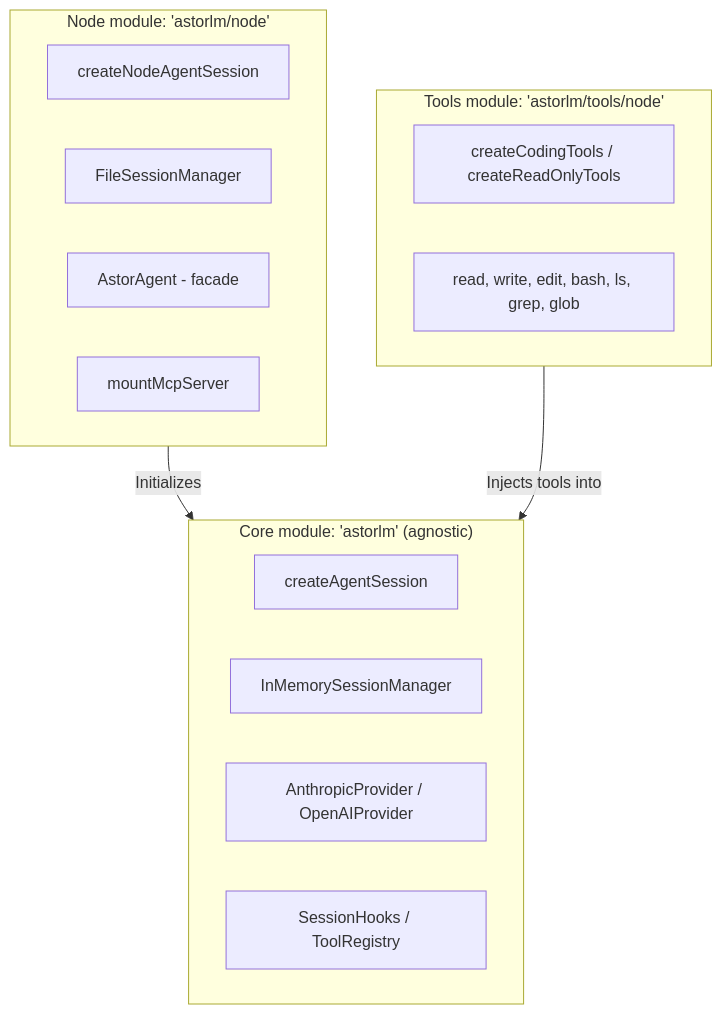
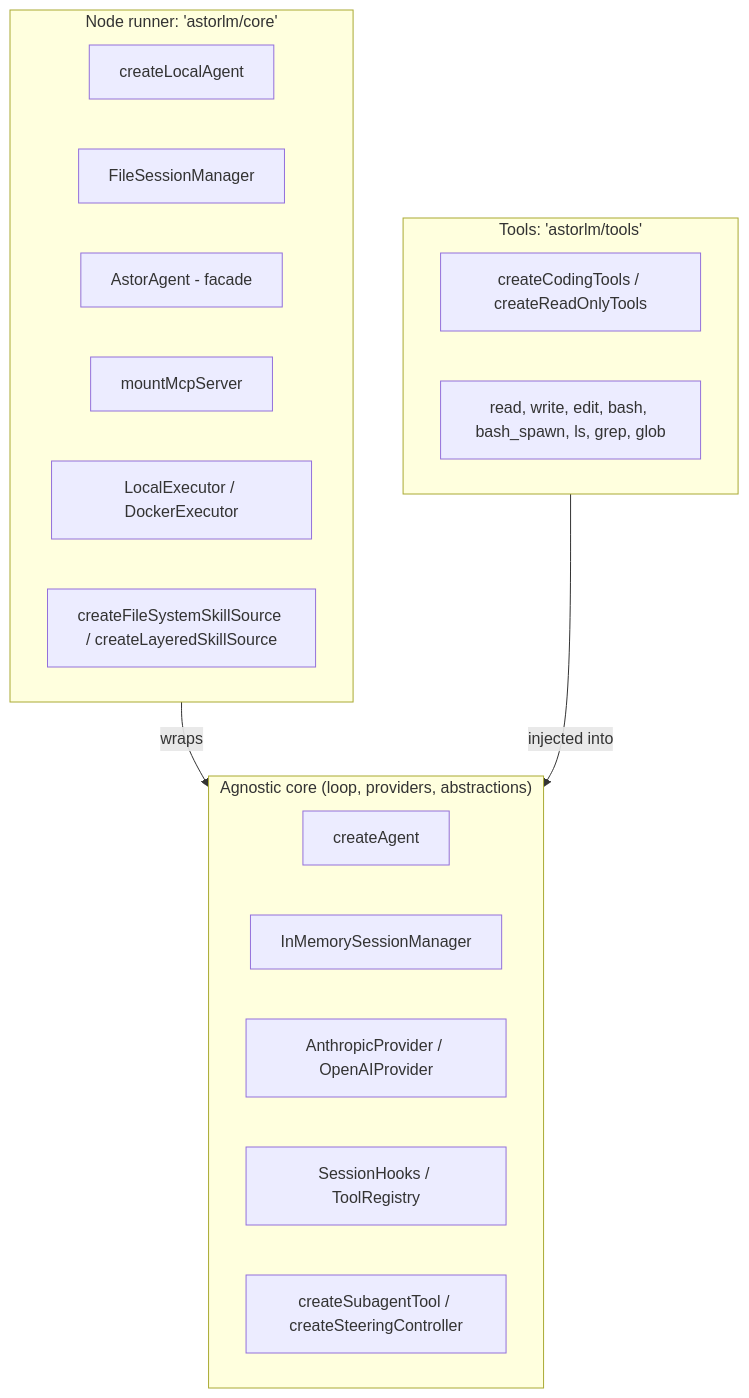
The diagram in README.md (aralde/astorLM), drawn with Mermaid before and after one commit. The commit also changed other lines of this file and 11 other files, not shown here.

First line of the commit message:
feat: subagents, layered skills, allowed-tools gating, steering controller

````diff
--- a/README.md
+++ b/README.md
@@ -13,24 +13,27 @@
 ```mermaid
 graph TD
-    subgraph Core ["Core module: 'astorlm' (agnostic)"]
-        A[createAgentSession]
+    subgraph Core ["Agnostic core (loop, providers, abstractions)"]
+        A[createAgent]
         B[InMemorySessionManager]
         C[AnthropicProvider / OpenAIProvider]
         D[SessionHooks / ToolRegistry]
+        S[createSubagentTool / createSteeringController]
     end
 
-    subgraph NodeExt ["Node module: 'astorlm/node'"]
-        E[createNodeAgentSession]
+    subgraph NodeExt ["Node runner: 'astorlm/core'"]
+        E[createLocalAgent]
         F[FileSessionManager]
         G[AstorAgent - facade]
         H[mountMcpServer]
+        L[LocalExecutor / DockerExecutor]
+        K[createFileSystemSkillSource / createLayeredSkillSource]
     end
 
-    subgraph NodeTools ["Tools module: 'astorlm/tools/node'"]
+    subgraph NodeTools ["Tools: 'astorlm/tools'"]
         I[createCodingTools / createReadOnlyTools]
-        J[read, write, edit, bash, ls, grep, glob]
+        J[read, write, edit, bash, bash_spawn, ls, grep, glob]
     end
 
-    NodeExt -->|Initializes| Core
-    NodeTools -->|Injects tools into| Core
+    NodeExt -->|wraps| Core
+    NodeTools -->|injected into| Core
 ```
````
